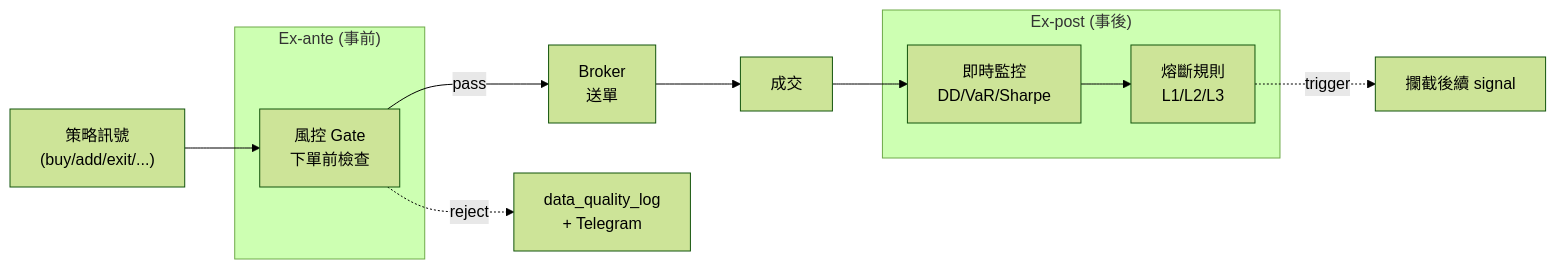
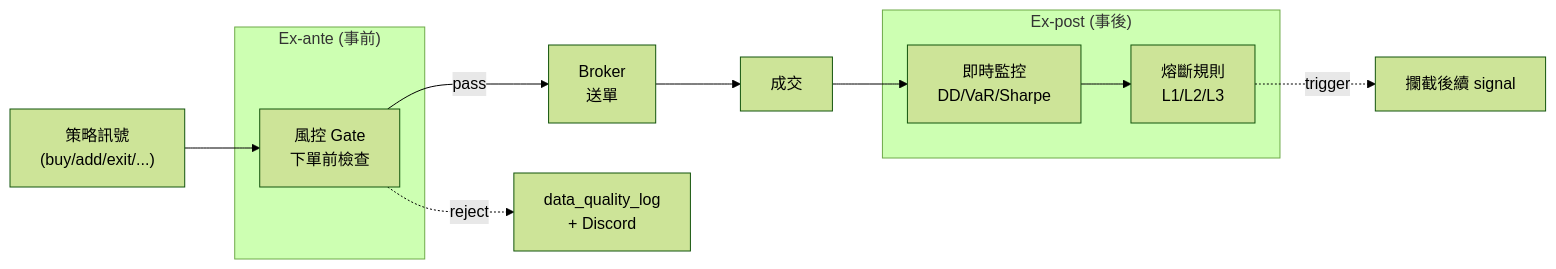
The first of 3 diagrams in dev_docs/24_risk_management_spec.md (Zenobia000/Quantitative_Trading), drawn with Mermaid (forest theme) before and after one commit. The commit also changed other lines of this file and 12 other files, not shown here.

First line of the commit message:
docs: sweep Telegram → Discord across 13 docs (ADR-010 落地)

````diff
--- a/dev_docs/24_risk_management_spec.md
+++ b/dev_docs/24_risk_management_spec.md
@@ -17,23 +17,23 @@
 ```mermaid
 flowchart LR
     signal["策略訊號<br/>(buy/add/exit/...)"]
 
     subgraph exante["Ex-ante (事前)"]
         gate1["風控 Gate<br/>下單前檢查"]
     end
 
     broker["Broker<br/>送單"]
 
     subgraph expost["Ex-post (事後)"]
         monitor["即時監控<br/>DD/VaR/Sharpe"]
         breaker["熔斷規則<br/>L1/L2/L3"]
     end
 
     signal --> gate1
     gate1 -->|"pass"| broker
-    gate1 -.->|"reject"| reject_log["data_quality_log<br/>+ Telegram"]
+    gate1 -.->|"reject"| reject_log["data_quality_log<br/>+ Discord"]
     broker --> fill["成交"]
     fill --> monitor
     monitor --> breaker
     breaker -.->|"trigger"| signal_intercept["攔截後續 signal"]
 ```
````
